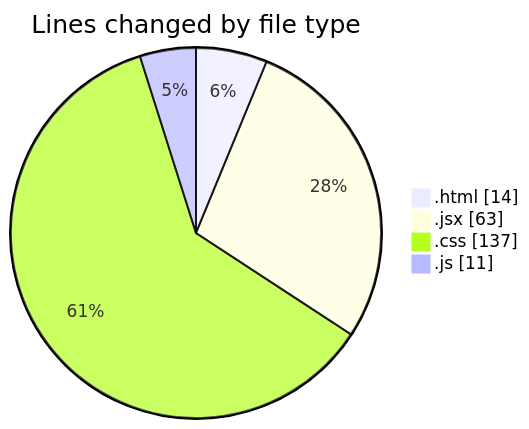
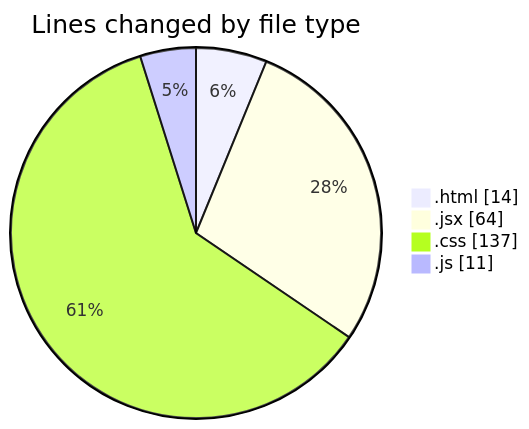
One commit to Elitesun/code-tracking changed the first of 2 diagrams in 2025-02-12/elitegpt/README.md. Above: the diagram before and after it, drawn with Mermaid. The commit also changed other lines of this file and 1 other file, not shown here.

````diff
--- a/2025-02-12/elitegpt/README.md
+++ b/2025-02-12/elitegpt/README.md
@@ -23,8 +24,8 @@
 ```mermaid
 pie showData
 title Lines changed by file type
 ".html" : 14
-".jsx" : 63
+".jsx" : 64
 ".css" : 137
 ".js" : 11
 ```
````
